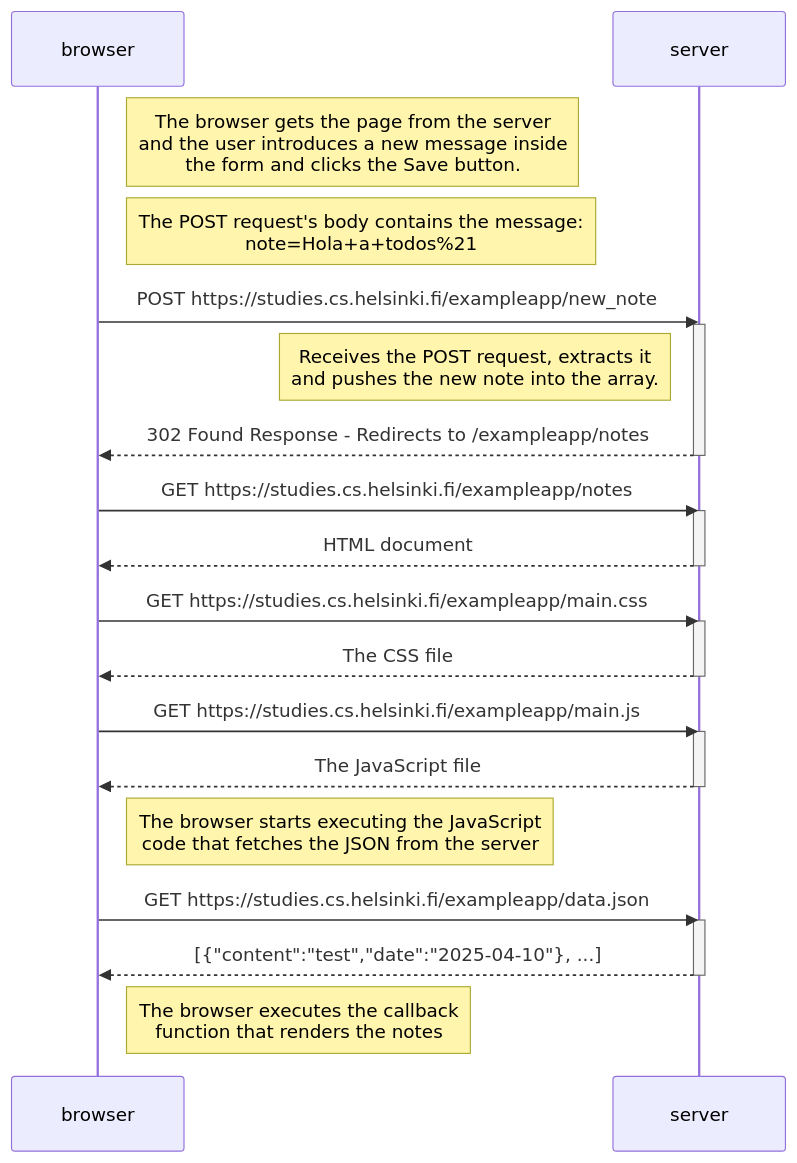
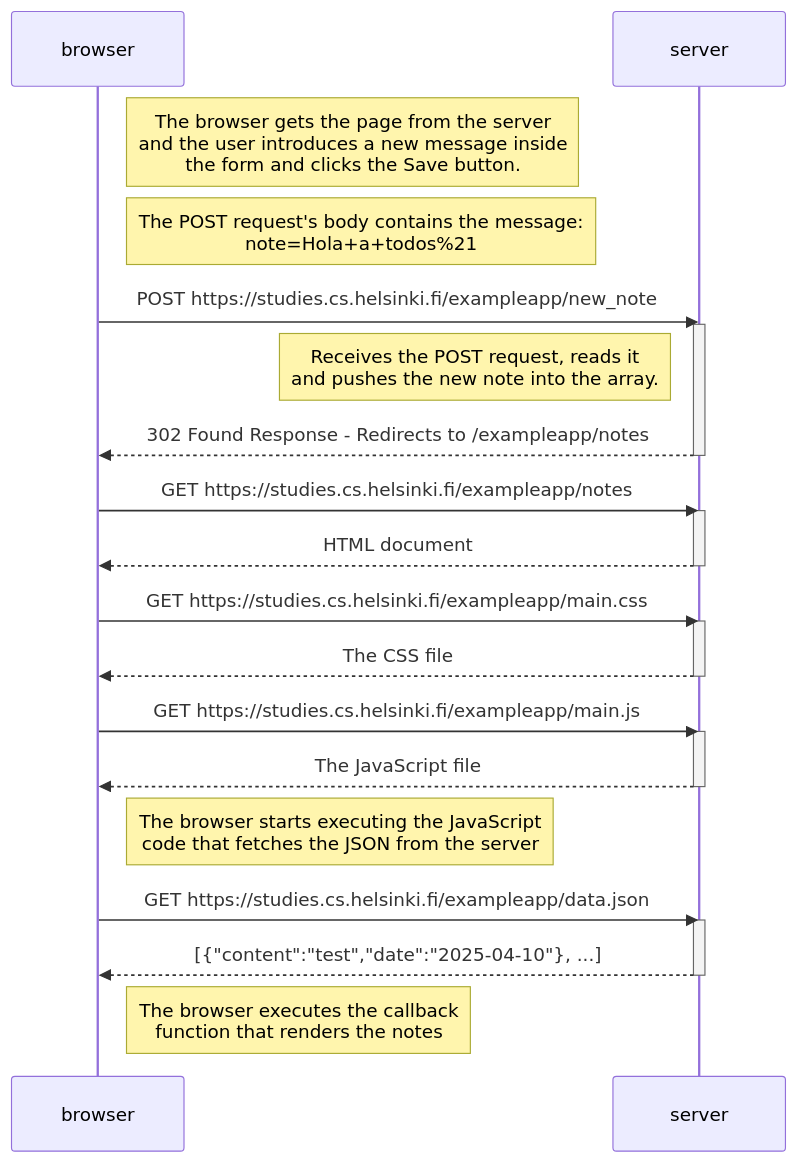
One commit to MichelPescina/FullStackOpen-Answers changed the first of 3 diagrams in part0/README.md. Above: the diagram before and after it, drawn with Mermaid. The commit also changed other lines of this file, not shown here.

````diff
--- a/part0/README.md
+++ b/part0/README.md
@@ -4,41 +4,41 @@
 ```mermaid
 sequenceDiagram
     participant browser
     participant server
 
     Note right of browser: The browser gets the page from the server <br> and the user introduces a new message inside <br> the form and clicks the Save button.
 
     Note right of browser: The POST request's body contains the message: <br> note=Hola+a+todos%21
 
     browser->>server: POST https://studies.cs.helsinki.fi/exampleapp/new_note
     activate server
 
-    Note left of server: Receives the POST request, extracts it<br>and pushes the new note into the array.
+    Note left of server: Receives the POST request, reads it<br>and pushes the new note into the array.
     
     server-->>browser: 302 Found Response - Redirects to /exampleapp/notes
     deactivate server
 
     browser->>server: GET https://studies.cs.helsinki.fi/exampleapp/notes
     activate server
     server-->>browser: HTML document
     deactivate server
 
     browser->>server: GET https://studies.cs.helsinki.fi/exampleapp/main.css
     activate server
     server-->>browser: The CSS file
     deactivate server
 
     browser->>server: GET https://studies.cs.helsinki.fi/exampleapp/main.js
     activate server
     server-->>browser: The JavaScript file
     deactivate server
 
     Note right of browser: The browser starts executing the JavaScript <br> code that fetches the JSON from the server
 
     browser->>server: GET https://studies.cs.helsinki.fi/exampleapp/data.json
     activate server
     server-->>browser: [{"content":"test","date":"2025-04-10"}, ...]
     deactivate server
 
     Note right of browser: The browser executes the callback <br> function that renders the notes
 ```
````
